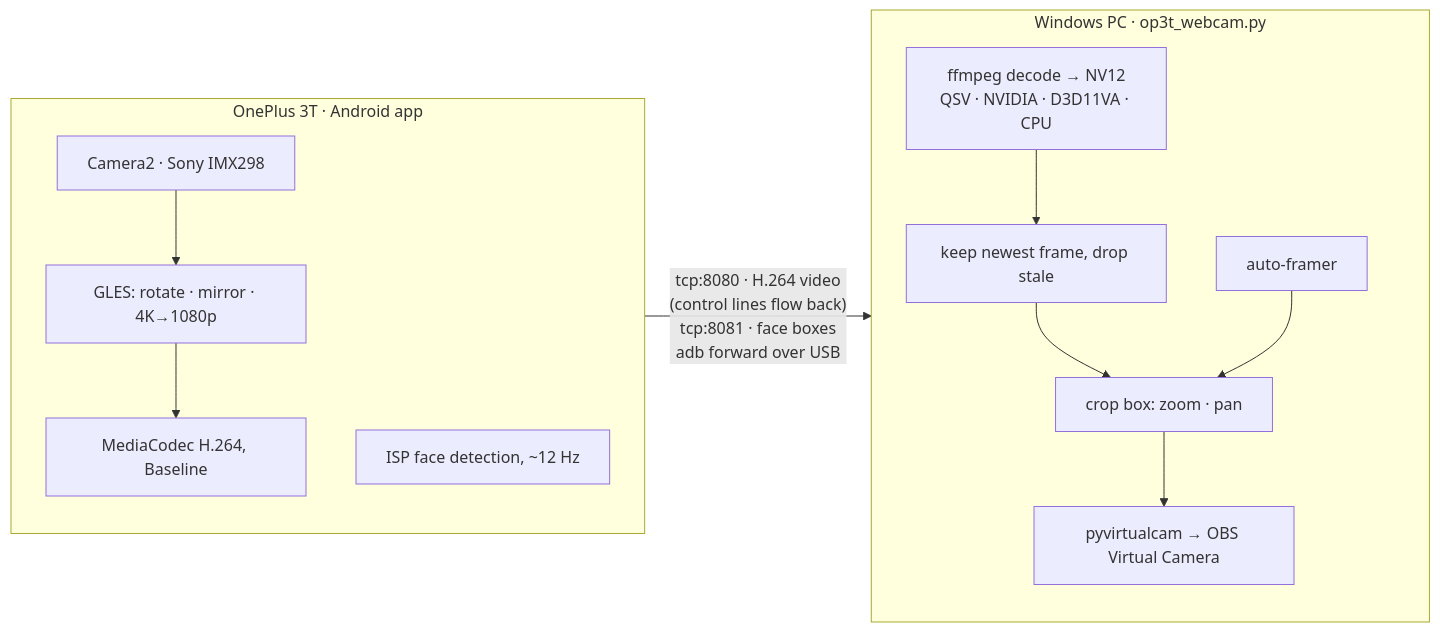
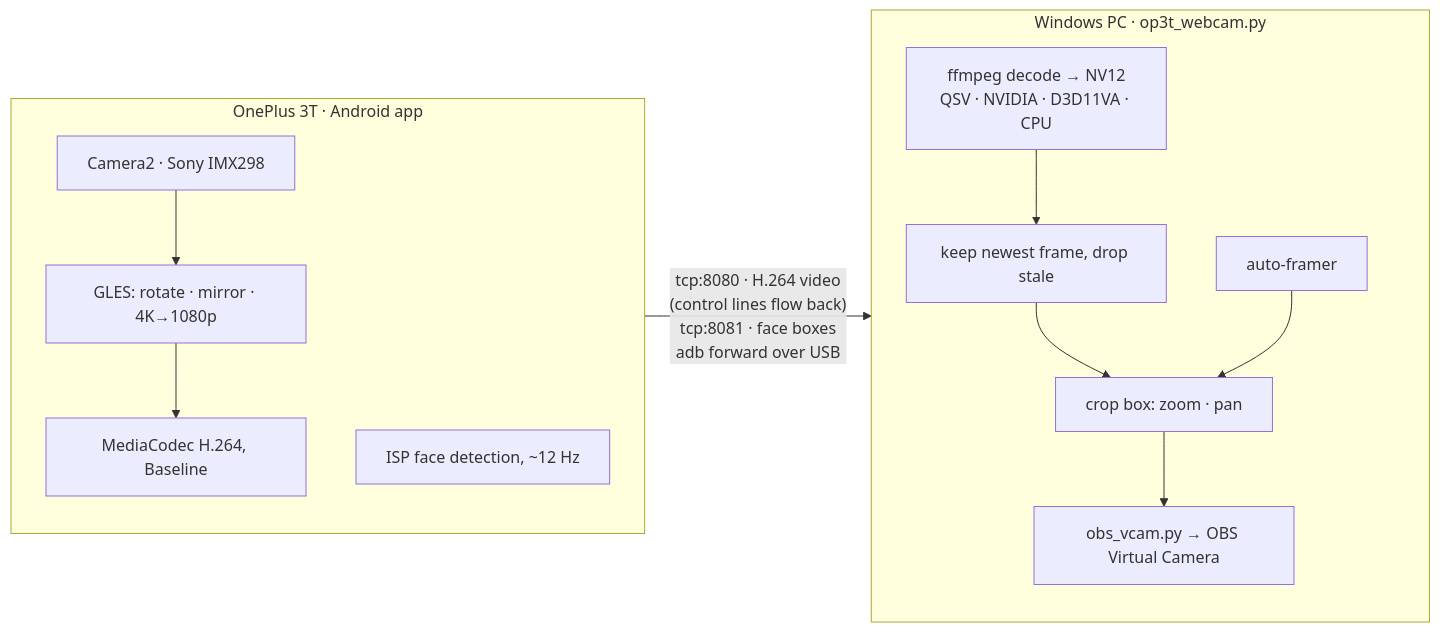
One commit to Megalodon-sharky/OP3T-Webcam changed the diagram in README.md. Above: the diagram before and after it, drawn with Mermaid. The commit also changed other lines of this file and 6 other files, not shown here.

First line of the commit message:
Replace pyvirtualcam with our own OBS Virtual Camera writer

````diff
--- a/README.md
+++ b/README.md
@@ -19,17 +19,17 @@
 ```mermaid
 flowchart LR
     subgraph phone["OnePlus 3T · Android app"]
         direction TB
         cam["Camera2 · Sony IMX298"] --> gl["GLES: rotate · mirror · 4K→1080p"]
         gl --> enc["MediaCodec H.264, Baseline"]
         isp["ISP face detection, ~12 Hz"]
     end
     subgraph pc["Windows PC · op3t_webcam.py"]
         direction TB
         ff["ffmpeg decode → NV12<br/>QSV · NVIDIA · D3D11VA · CPU"] --> rd["keep newest frame, drop stale"]
         rd --> crop["crop box: zoom · pan"]
         af["auto-framer"] --> crop
-        crop --> vcam["pyvirtualcam → OBS Virtual Camera"]
+        crop --> vcam["obs_vcam.py → OBS Virtual Camera"]
     end
     phone -->|"tcp:8080 · H.264 video<br/>(control lines flow back)<br/>tcp:8081 · face boxes<br/>adb forward over USB"| pc
 ```
````
